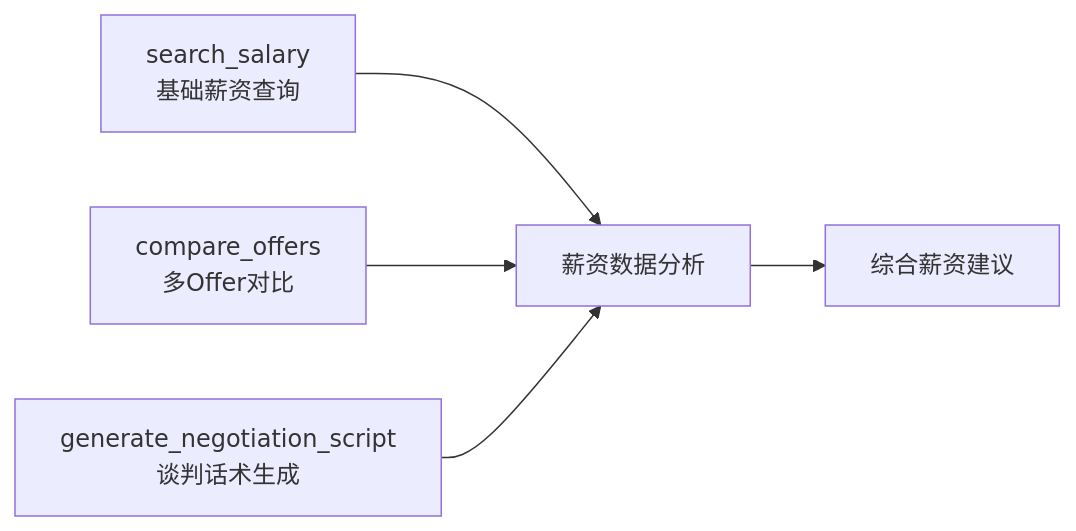
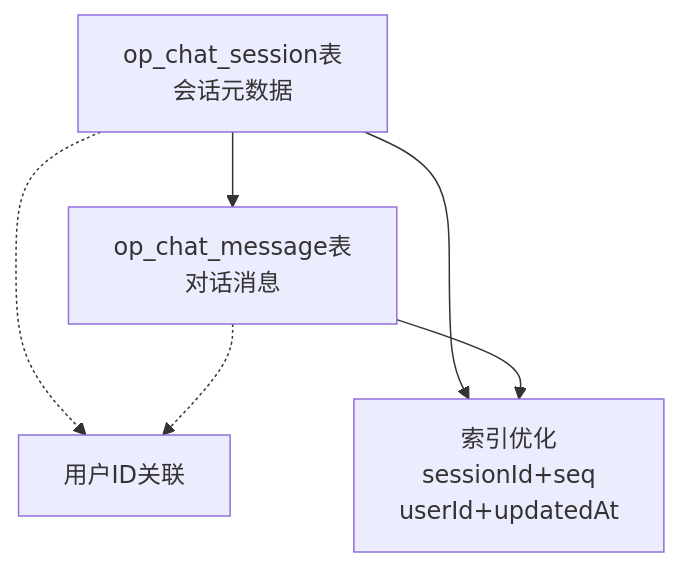
One commit to Miss-zhi/OfferPilot changed the fourth of 6 diagrams in .qoder/repowiki/zh/content/系统技术架构总览.md. Above: the diagram before and after it, drawn with Mermaid. The commit also changed other lines of this file and 25 other files, not shown here.

````diff
--- a/.qoder/repowiki/zh/content/系统技术架构总览.md
+++ b/.qoder/repowiki/zh/content/系统技术架构总览.md
@@ -321,7 +203,12 @@
 ```mermaid
-graph LR
-A["search_salary<br/>基础薪资查询"] --> D["薪资数据分析"]
-B["compare_offers<br/>多Offer对比"] --> D
-C["generate_negotiation_script<br/>谈判话术生成"] --> D
-D --> E["综合薪资建议"]
+graph TB
+SESSION["op_chat_session表<br/>会话元数据"]
+MESSAGE["op_chat_message表<br/>对话消息"]
+USER["用户ID关联"]
+INDEX["索引优化<br/>sessionId+seq<br/>userId+updatedAt"]
+SESSION --> MESSAGE
+SESSION -.-> USER
+MESSAGE -.-> USER
+SESSION --> INDEX
+MESSAGE --> INDEX
 ```
````
